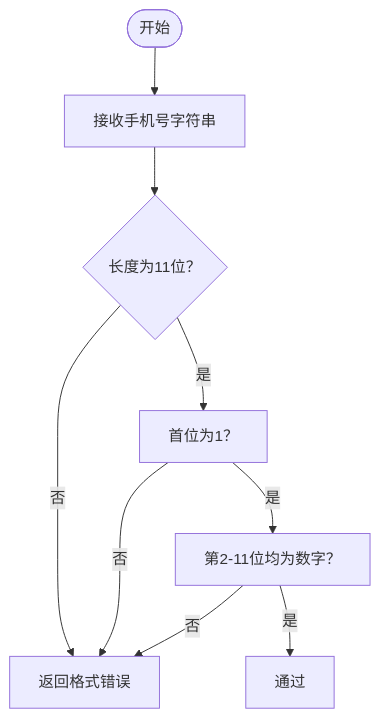
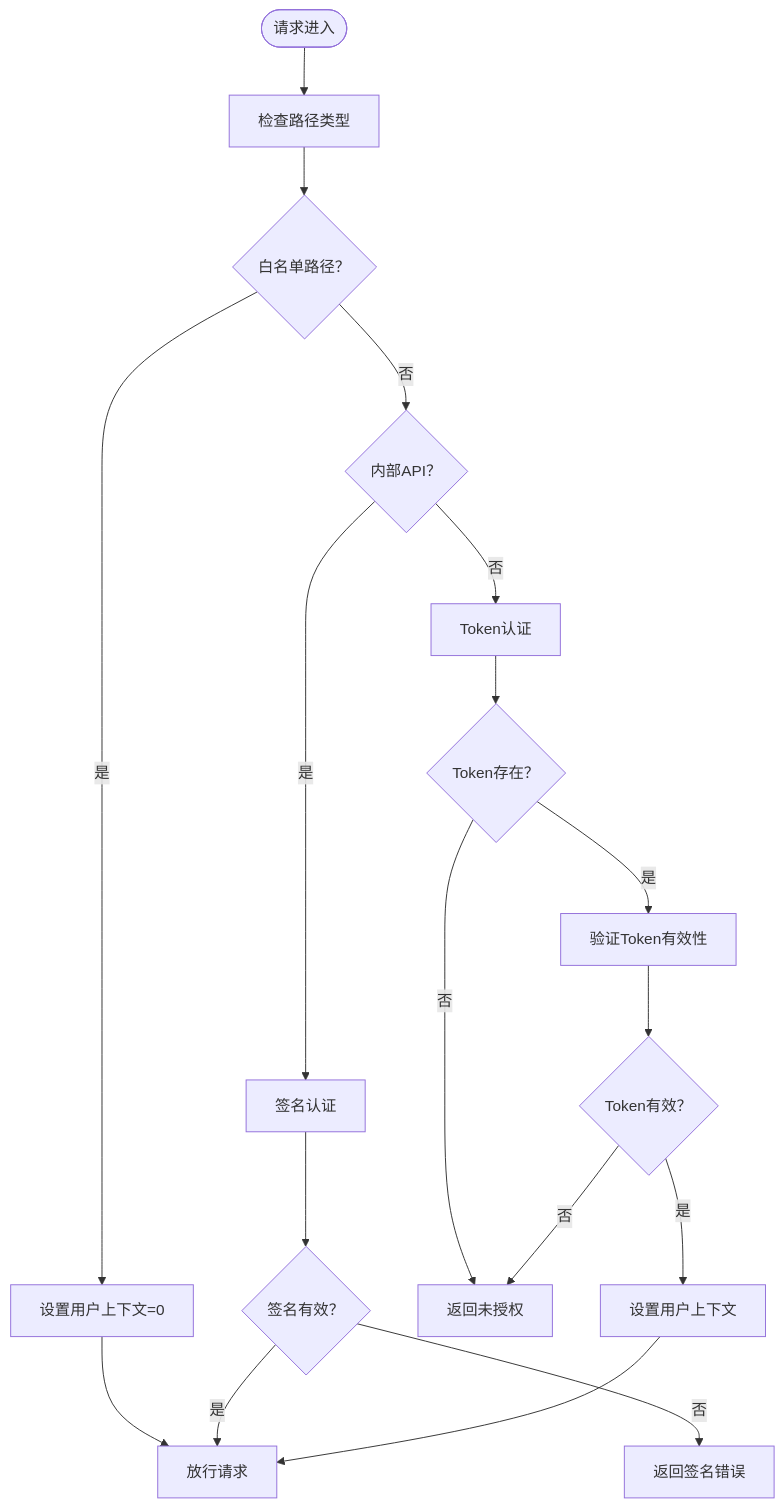
Before and after one commit to lilinzezzzzzz/fastapi-backend: the fifth of 9 diagrams in .qoder/repowiki/zh/content/数据模型/数据验证规则.md, drawn with Mermaid. The commit also changed other lines of this file and 38 other files, not shown here.

````diff
--- a/.qoder/repowiki/zh/content/数据模型/数据验证规则.md
+++ b/.qoder/repowiki/zh/content/数据模型/数据验证规则.md
@@ -277,11 +333,18 @@
 ```mermaid
 flowchart TD
-Start(["开始"]) --> Input["接收手机号字符串"]
-Input --> CheckLen{"长度为11位？"}
-CheckLen --> |否| Err["返回格式错误"]
-CheckLen --> |是| CheckPrefix["首位为1？"]
-CheckPrefix --> |否| Err
-CheckPrefix --> |是| CheckDigit["第2-11位均为数字？"]
-CheckDigit --> |否| Err
-CheckDigit --> |是| Ok["通过"]
+Start(["请求进入"]) --> CheckPath["检查路径类型"]
+CheckPath --> IsWhite{"白名单路径？"}
+IsWhite --> |是| SetContext["设置用户上下文=0"] --> Pass["放行请求"]
+IsWhite --> |否| IsInternal{"内部API？"}
+IsInternal --> |是| CheckSign["签名认证"]
+CheckSign --> SignValid{"签名有效？"}
+SignValid --> |是| Pass
+SignValid --> |否| Error["返回签名错误"]
+IsInternal --> |否| CheckToken["Token认证"]
+CheckToken --> TokenExist{"Token存在？"}
+TokenExist --> |否| Unauthorized["返回未授权"]
+TokenExist --> |是| VerifyToken["验证Token有效性"]
+VerifyToken --> TokenValid{"Token有效？"}
+TokenValid --> |否| Unauthorized
+TokenValid --> |是| SetUser["设置用户上下文"] --> Pass
 ```
````
